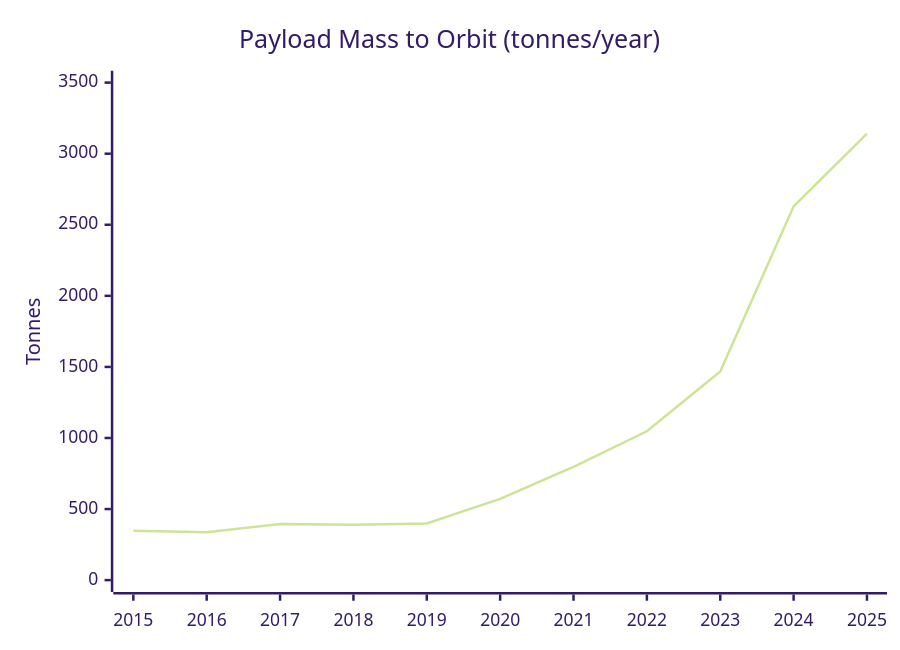
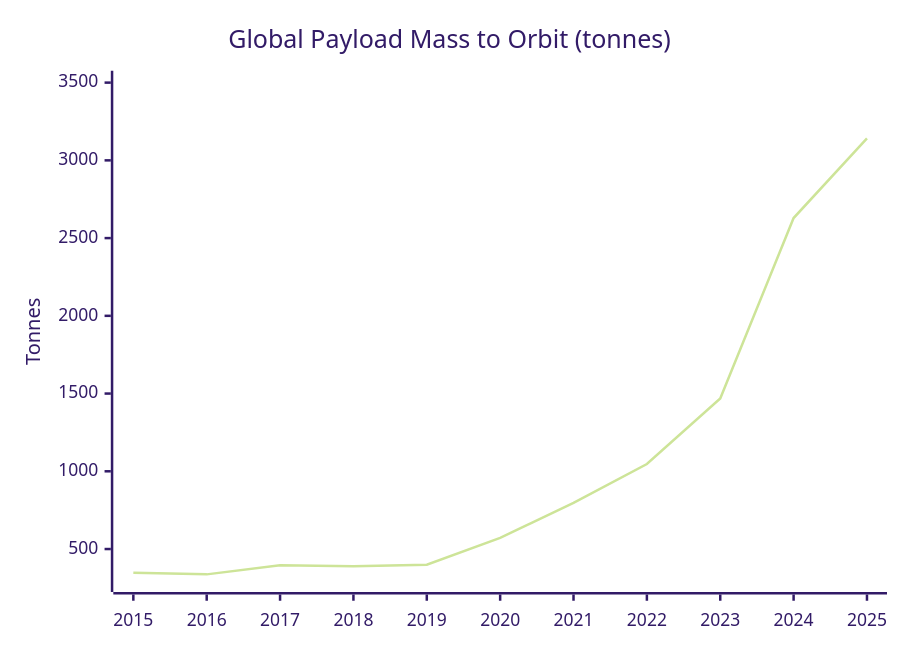
The second of 3 diagrams in pilot-2025/rockets.md (pasky/grand-endeavors), drawn with Mermaid (forest theme) before and after one commit. The commit also changed other lines of this file, not shown here.

````diff
--- a/pilot-2025/rockets.md
+++ b/pilot-2025/rockets.md
@@ -57,7 +49,7 @@
 ```mermaid
 xychart-beta
-    title "Payload Mass to Orbit (tonnes/year)"
+    title "Global Payload Mass to Orbit (tonnes)"
     x-axis [2015, 2016, 2017, 2018, 2019, 2020, 2021, 2022, 2023, 2024, 2025]
-    y-axis "Tonnes" 0 --> 3500
+    y-axis "Tonnes" 300 --> 3500
     line [347, 337, 395, 389, 399, 572, 797, 1047, 1468, 2629, 3141]
 ```
````
